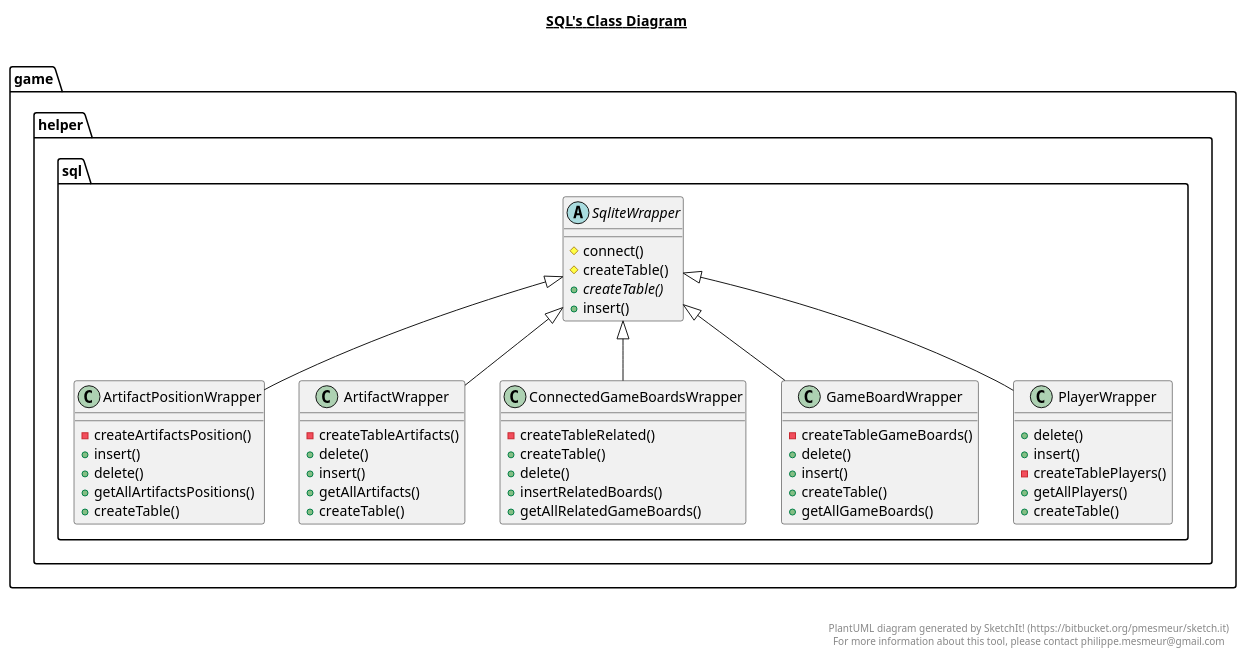
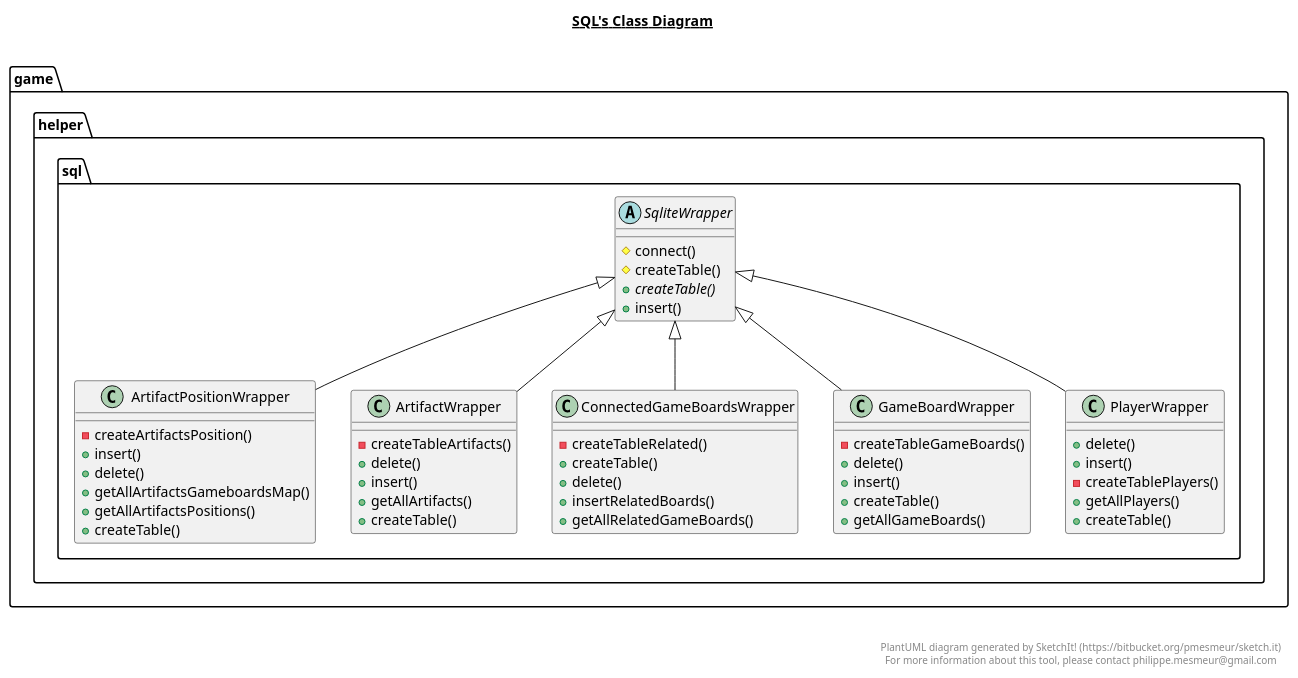
One commit to rflorian2017/TextAdventureGame changed the diagram in src/game/helper/sql/sql.plantuml. Above: the diagram before and after it, drawn with PlantUML. The commit also changed 6 other files, not shown here.

```diff
--- a/src/game/helper/sql/sql.plantuml
+++ b/src/game/helper/sql/sql.plantuml
@@ -1,96 +1,97 @@
 @startuml
 
 title __SQL's Class Diagram__\n
 
   package game {
     package game.helper.sql {
       class ArtifactPositionWrapper {
           - createArtifactsPosition()
           + insert()
           + delete()
+          + getAllArtifactsGameboardsMap()
           + getAllArtifactsPositions()
           + createTable()
       }
     }
   }
   
 
   package game {
     package game.helper.sql {
       class ArtifactWrapper {
           - createTableArtifacts()
           + delete()
           + insert()
           + getAllArtifacts()
           + createTable()
       }
     }
   }
   
 
   package game {
     package game.helper.sql {
       class ConnectedGameBoardsWrapper {
           - createTableRelated()
           + createTable()
           + delete()
           + insertRelatedBoards()
           + getAllRelatedGameBoards()
       }
     }
   }
   
 
   package game {
     package game.helper.sql {
       class GameBoardWrapper {
           - createTableGameBoards()
           + delete()
           + insert()
           + createTable()
           + getAllGameBoards()
       }
     }
   }
   
 
   package game {
     package game.helper.sql {
       class PlayerWrapper {
           + delete()
           + insert()
           - createTablePlayers()
           + getAllPlayers()
           + createTable()
       }
     }
   }
   
 
   package game {
     package game.helper.sql {
       abstract class SqliteWrapper {
           # connect()
           # createTable()
           {abstract} + createTable()
           + insert()
       }
     }
   }
   
 
   ArtifactPositionWrapper -up-|> SqliteWrapper
   ArtifactWrapper -up-|> SqliteWrapper
   ConnectedGameBoardsWrapper -up-|> SqliteWrapper
   GameBoardWrapper -up-|> SqliteWrapper
   PlayerWrapper -up-|> SqliteWrapper
 
 
 right footer
 
 
 PlantUML diagram generated by SketchIt! (https://bitbucket.org/pmesmeur/sketch.it)
 For more information about this tool, please contact philippe.mesmeur@gmail.com
 endfooter
 
 @enduml
```
